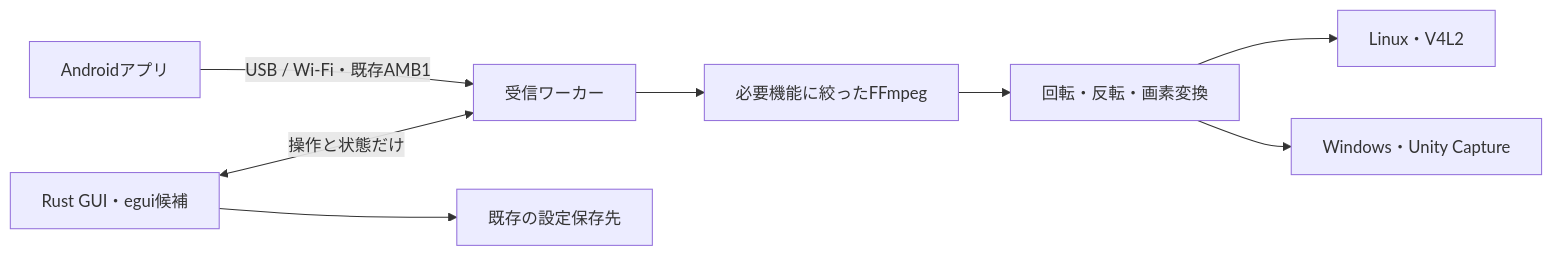
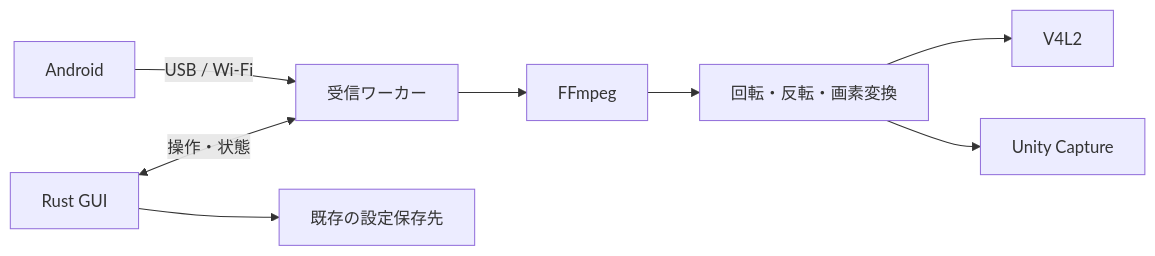
The diagram in specs/rust-host-rewrite/design-ja.md (nekomario28/mobile-webcam-bridge), drawn with Mermaid before and after one commit. The commit also changed other lines of this file and 5 other files, not shown here.

````diff
--- a/specs/rust-host-rewrite/design-ja.md
+++ b/specs/rust-host-rewrite/design-ja.md
@@ -9,10 +5,9 @@
 ```mermaid
 flowchart LR
-    Phone[Androidアプリ] -->|USB / Wi-Fi・既存AMB1| Worker[受信ワーカー]
-    GUI[Rust GUI・egui候補] <-->|操作と状態だけ| Worker
+    Android -->|USB / Wi-Fi| Worker[受信ワーカー]
+    GUI[Rust GUI] <-->|操作・状態| Worker
     GUI --> Settings[既存の設定保存先]
-    Worker --> Decode[必要機能に絞ったFFmpeg]
-    Decode --> Transform[回転・反転・画素変換]
-    Transform --> Linux[Linux・V4L2]
-    Transform --> Windows[Windows・Unity Capture]
+    Worker --> FFmpeg --> Transform[回転・反転・画素変換]
+    Transform --> Linux[V4L2]
+    Transform --> Windows[Unity Capture]
 ```
````
